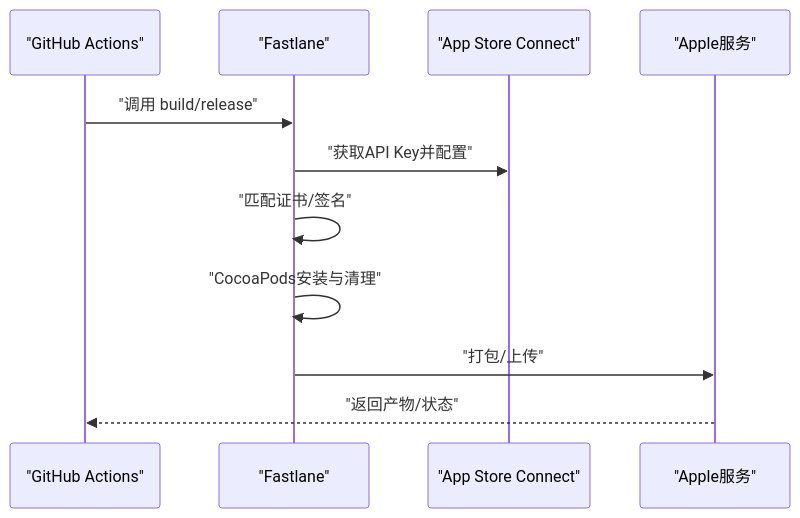
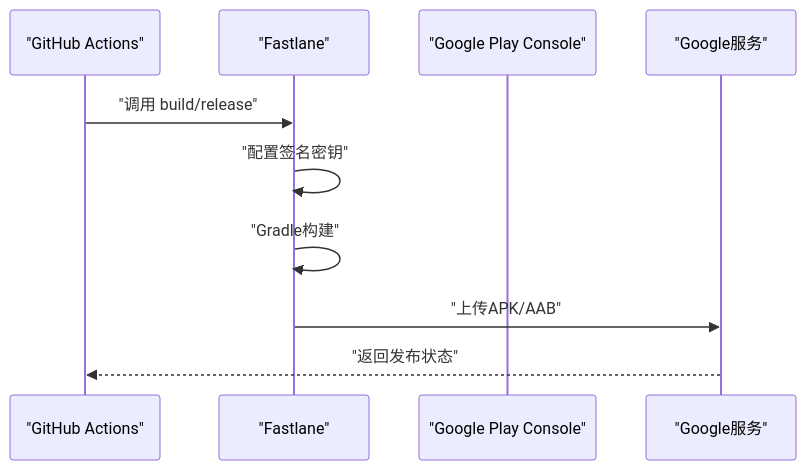
One commit to dingxyang/Macro-Deck-Client-App changed the sixth of 7 diagrams in .qoder/repowiki/zh/content/原生平台集成/iOS平台集成.md. Above: the diagram before and after it, drawn with Mermaid. The commit also changed other lines of this file and 47 other files, not shown here.

````diff
--- a/.qoder/repowiki/zh/content/原生平台集成/iOS平台集成.md
+++ b/.qoder/repowiki/zh/content/原生平台集成/iOS平台集成.md
@@ -286,13 +295,12 @@
 ```mermaid
 sequenceDiagram
 participant GH as "GitHub Actions"
 participant FL as "Fastlane"
-participant AC as "App Store Connect"
-participant Apple as "Apple服务"
+participant Play as "Google Play Console"
+participant Google as "Google服务"
 GH->>FL : "调用 build/release"
-FL->>AC : "获取API Key并配置"
-FL->>FL : "匹配证书/签名"
-FL->>FL : "CocoaPods安装与清理"
-FL->>Apple : "打包/上传"
-Apple-->>GH : "返回产物/状态"
+FL->>FL : "配置签名密钥"
+FL->>FL : "Gradle构建"
+FL->>Google : "上传APK/AAB"
+Google-->>GH : "返回发布状态"
 ```
````
